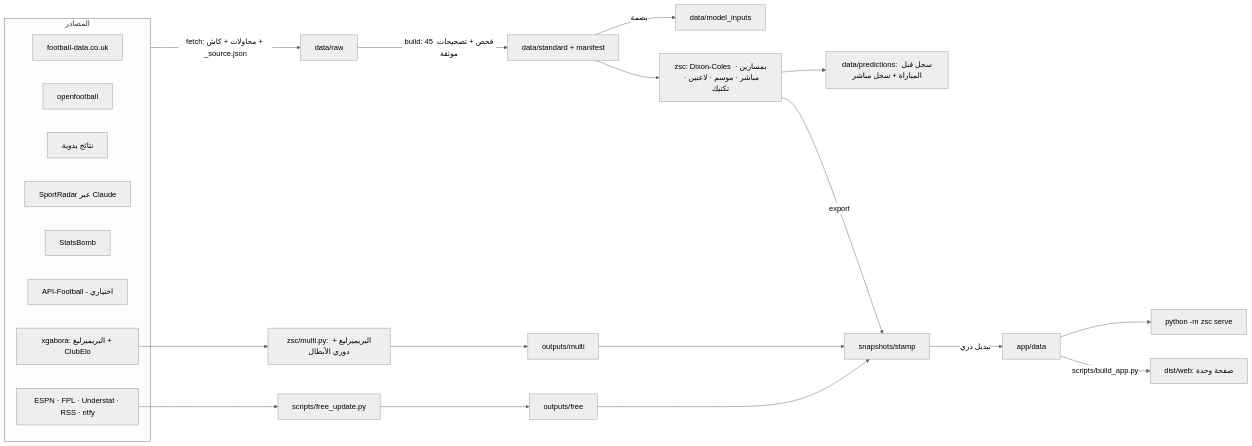
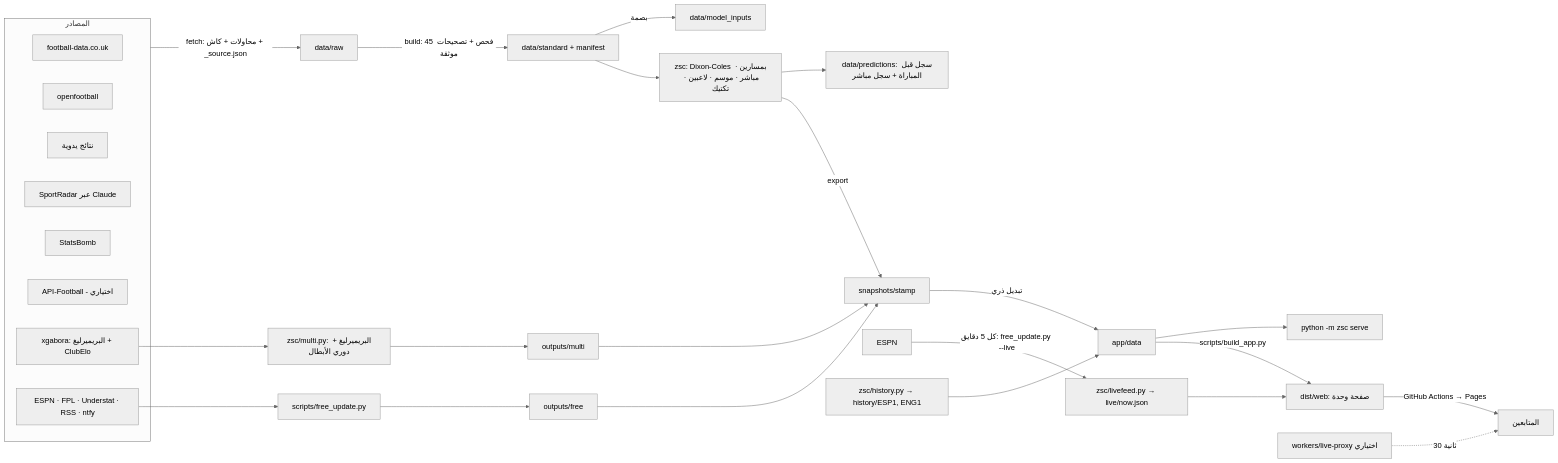
The diagram in docs/ARCHITECTURE.md (zbasil/alasem), drawn with Mermaid (neutral theme) before and after one commit. The commit also changed other lines of this file and 39 other files, not shown here.

````diff
--- a/docs/ARCHITECTURE.md
+++ b/docs/ARCHITECTURE.md
@@ -3,20 +3,25 @@
 ```mermaid
 flowchart LR
   subgraph Sources[المصادر]
     FD[football-data.co.uk]; OF[openfootball]; MAN[نتائج يدوية]; SR[SportRadar عبر Claude]; SB[StatsBomb]; AF[API-Football - اختياري]
     XG[xgabora: البريميرليغ + ClubElo]; FREE[ESPN · FPL · Understat · RSS · ntfy]
   end
   XG --> MULTI[zsc/multi.py: البريميرليغ + دوري الأبطال] --> MOUT[outputs/multi]
   FREE --> FU[scripts/free_update.py] --> FOUT[outputs/free]
   MOUT --> SNAP
   FOUT --> SNAP
   Sources -->|fetch: محاولات + كاش + _source.json| RAW[data/raw]
   RAW -->|build: 45 فحص + تصحيحات موثقة| STD[data/standard + manifest]
   STD -->|بصمة| MI[data/model_inputs]
   STD --> MODELS[zsc: Dixon-Coles بمسارين · مباشر · موسم · لاعبين · تكتيك]
   MODELS --> LOG[data/predictions: سجل قبل المباراة + سجل مباشر]
   MODELS -->|export| SNAP[snapshots/stamp]
   SNAP -->|تبديل ذري| APPDATA[app/data]
   APPDATA --> SERVE[python -m zsc serve]
   APPDATA -->|scripts/build_app.py| WEB[dist/web: صفحة وحدة]
+  ESPN[ESPN] -->|كل 5 دقايق: free_update.py --live| LIVE[zsc/livefeed.py → live/now.json]
+  LIVE --> WEB
+  HIST[zsc/history.py → history/ESP1, ENG1] --> APPDATA
+  WEB -->|GitHub Actions → Pages| USERS[المتابعين]
+  CF[workers/live-proxy اختياري] -.30 ثانية.-> USERS
 ```
````
